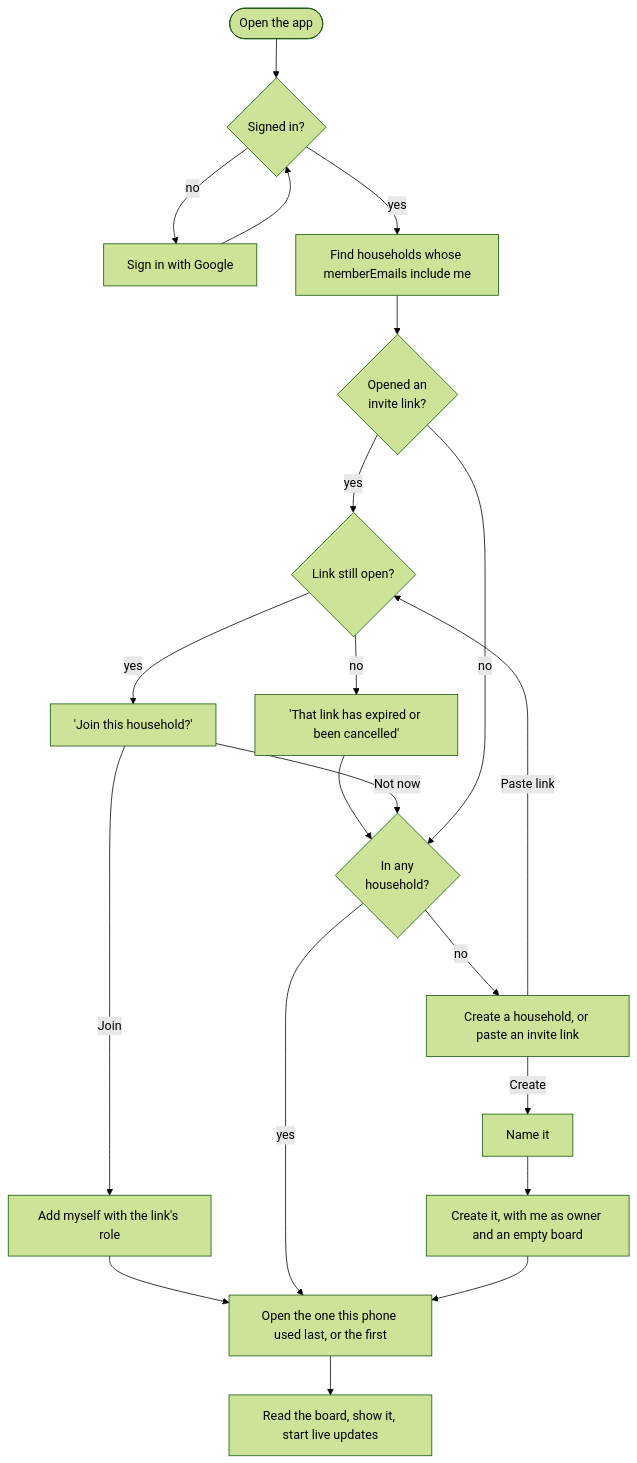
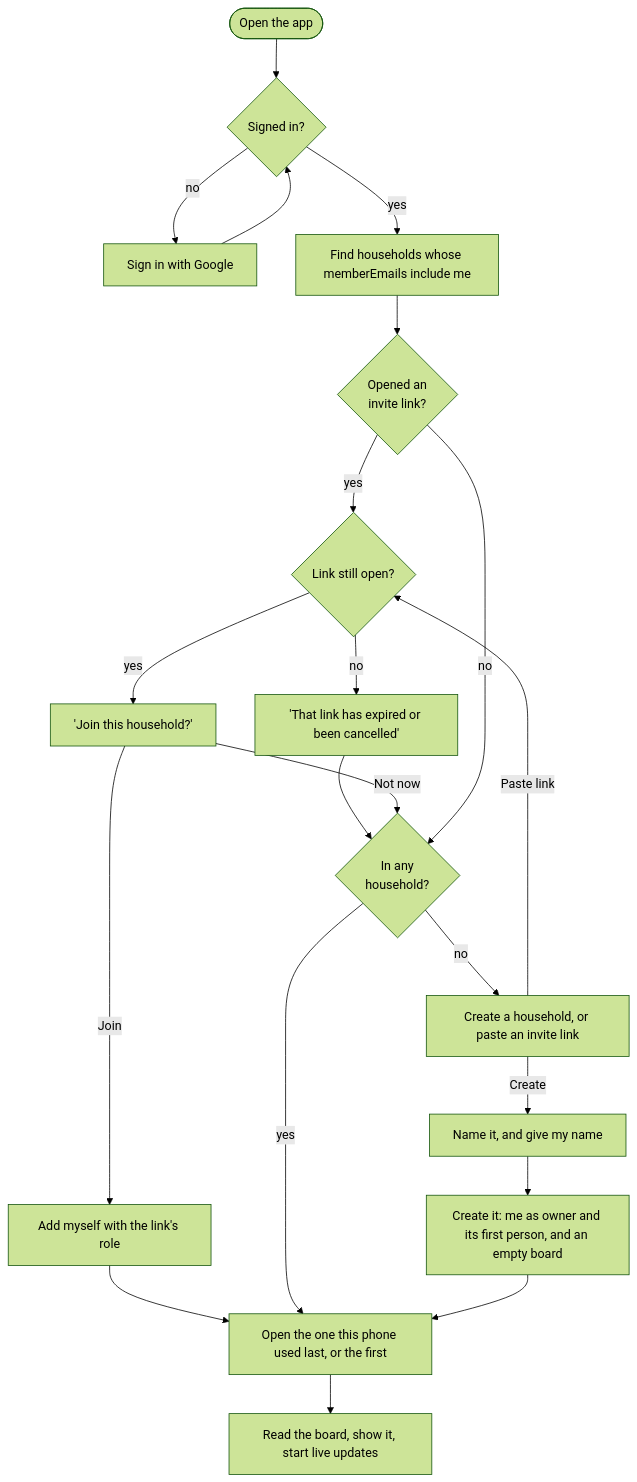
The third of 3 diagrams in docs/ARCHITECTURE.md (JA97Dev/JamritChores), drawn with Mermaid (forest theme) before and after one commit. The commit also changed other lines of this file and 4 other files, not shown here.

````diff
--- a/docs/ARCHITECTURE.md
+++ b/docs/ARCHITECTURE.md
@@ -301,17 +329,17 @@
 ```mermaid
 flowchart TD
   A([Open the app]) --> B{Signed in?}
   B -- no --> B1[Sign in with Google] --> B
   B -- yes --> C[Find households whose memberEmails include me]
   C --> D{Opened an<br/>invite link?}
   D -- yes --> E{Link still open?}
   E -- yes --> E1["'Join this household?'"] -- Join --> E2[Add myself with the link's role] --> G
   E -- no --> E3["'That link has expired or been cancelled'"] --> F
   E1 -- Not now --> F
   D -- no --> F{In any<br/>household?}
   F -- yes --> G[Open the one this phone used last, or the first]
   F -- no --> H["Create a household, or paste an invite link"]
-  H -- Create --> H1[Name it] --> H2[Create it, with me as owner and an empty board] --> G
+  H -- Create --> H1[Name it, and give my name] --> H2[Create it: me as owner and its first person, and an empty board] --> G
   H -- Paste link --> E
   G --> I[Read the board, show it, start live updates]
 ```
````
